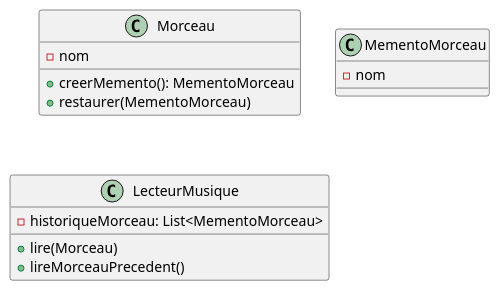
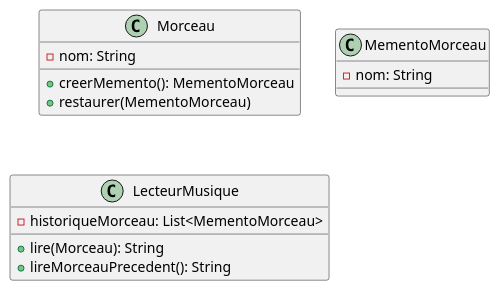
One commit to jandry/design-pattern changed the diagram in src/uml/memento.puml. Above: the diagram before and after it, drawn with PlantUML. The commit also changed 3 other files, not shown here.

```diff
--- a/src/uml/memento.puml
+++ b/src/uml/memento.puml
@@ -1,19 +1,19 @@
 @startuml Memento
 
 class Morceau {
-    - nom
+    - nom: String
     + creerMemento(): MementoMorceau
     + restaurer(MementoMorceau)
 }
 
 class MementoMorceau {
-    - nom
+    - nom: String
 }
 
 class LecteurMusique {
     - historiqueMorceau: List<MementoMorceau>
-    + lire(Morceau)
-    + lireMorceauPrecedent()
+    + lire(Morceau): String
+    + lireMorceauPrecedent(): String
 }
 
 @enduml
```
